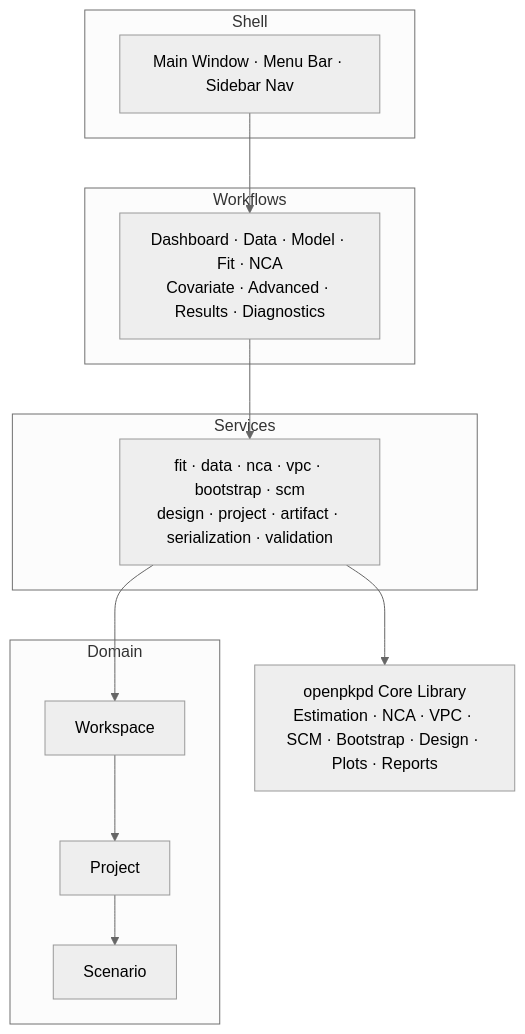
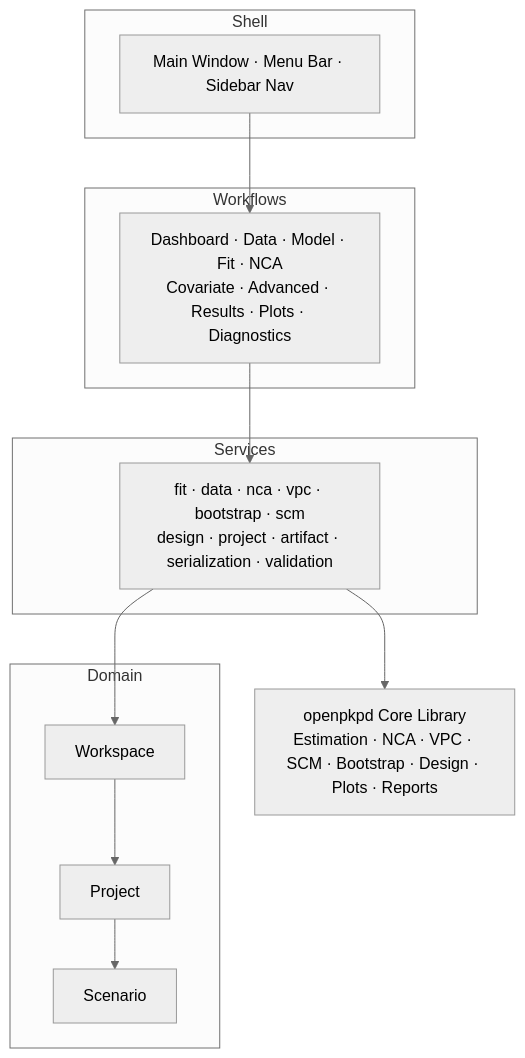
The first of 2 diagrams in docs/user_guide/gui.md (breisfeld/OpenPKPD), drawn with Mermaid (neutral theme) before and after one commit. The commit also changed other lines of this file and 2 other files, not shown here.

````diff
--- a/docs/user_guide/gui.md
+++ b/docs/user_guide/gui.md
@@ -16,29 +15,29 @@
 ```mermaid
 graph TB
     subgraph "Shell"
         MW["Main Window · Menu Bar · Sidebar Nav"]
     end
 
     subgraph "Workflows"
-        WFS["Dashboard · Data · Model · Fit · NCA\nCovariate · Advanced · Results · Diagnostics"]
+        WFS["Dashboard · Data · Model · Fit · NCA\nCovariate · Advanced · Results · Plots · Diagnostics"]
     end
 
     subgraph "Services"
         SVS["fit · data · nca · vpc · bootstrap · scm\ndesign · project · artifact · serialization · validation"]
     end
 
     subgraph "Domain"
         WS["Workspace"]
         PRJ["Project"]
         SCN["Scenario"]
         WS --> PRJ
         PRJ --> SCN
     end
 
     CORE["openpkpd Core Library\nEstimation · NCA · VPC · SCM · Bootstrap · Design · Plots · Reports"]
 
     MW --> WFS
     WFS --> SVS
     SVS --> WS
     SVS --> CORE
 ```
````
